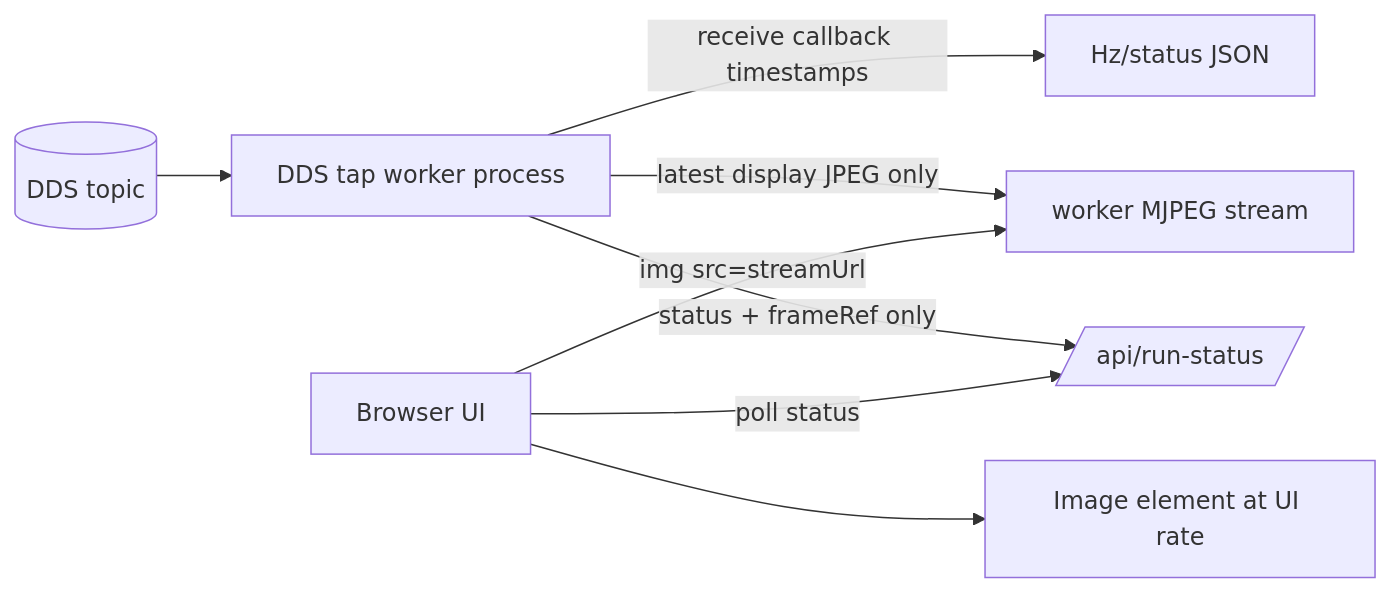
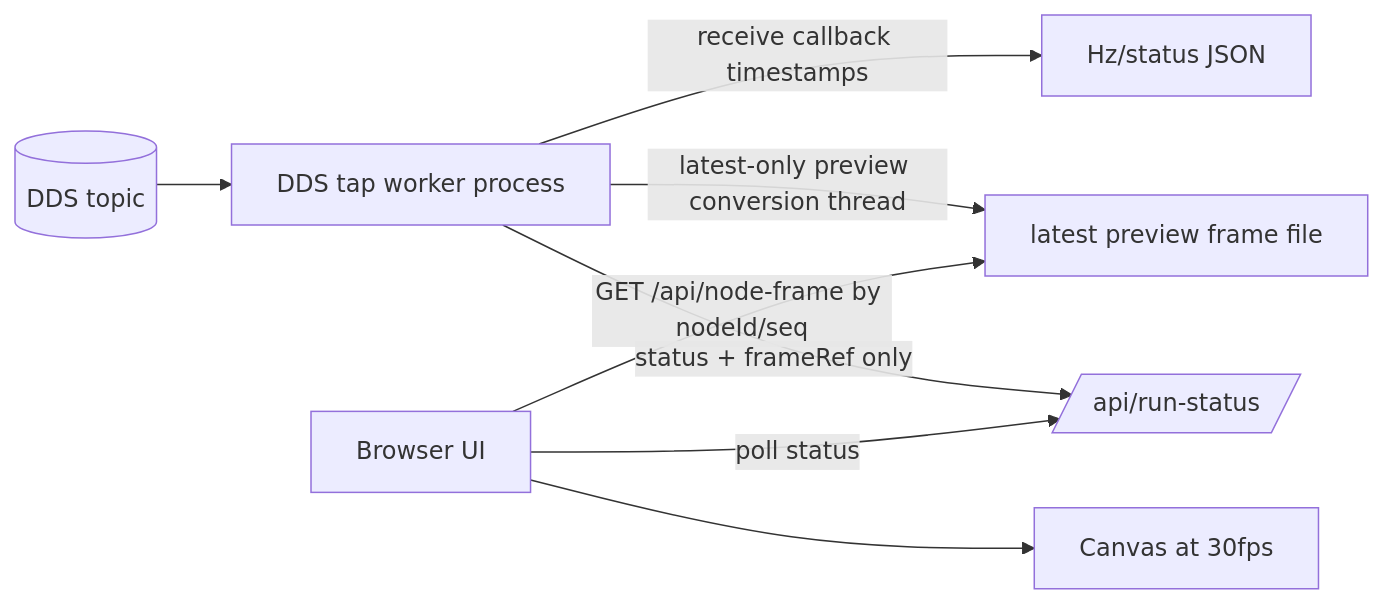
One commit to tatsuyai713/lwrclpy-web-node-editor changed the sixth of 6 diagrams in ARCHITECTURE.md. Above: the diagram before and after it, drawn with Mermaid. The commit also changed other lines of this file and 7 other files, not shown here.

First line of the commit message:
Refactor architecture and improve data flow handling

````diff
--- a/ARCHITECTURE.md
+++ b/ARCHITECTURE.md
@@ -181,10 +179,10 @@
 ```mermaid
 flowchart LR
   DDS[(DDS topic)] --> TapWorker[DDS tap worker process]
   TapWorker -->|receive callback timestamps| HzStatus[Hz/status JSON]
-  TapWorker -->|latest display JPEG only| Stream[worker MJPEG stream]
+  TapWorker -->|latest-only preview conversion thread| FrameFile[latest preview frame file]
   TapWorker -->|status + frameRef only| RunStatus[/api/run-status/]
   Browser[Browser UI] -->|poll status| RunStatus
-  Browser -->|img src=streamUrl| Stream
-  Browser --> Display[Image element at UI rate]
+  Browser -->|GET /api/node-frame by nodeId/seq| FrameFile
+  Browser --> Display[Canvas at 30fps]
 ```
````
